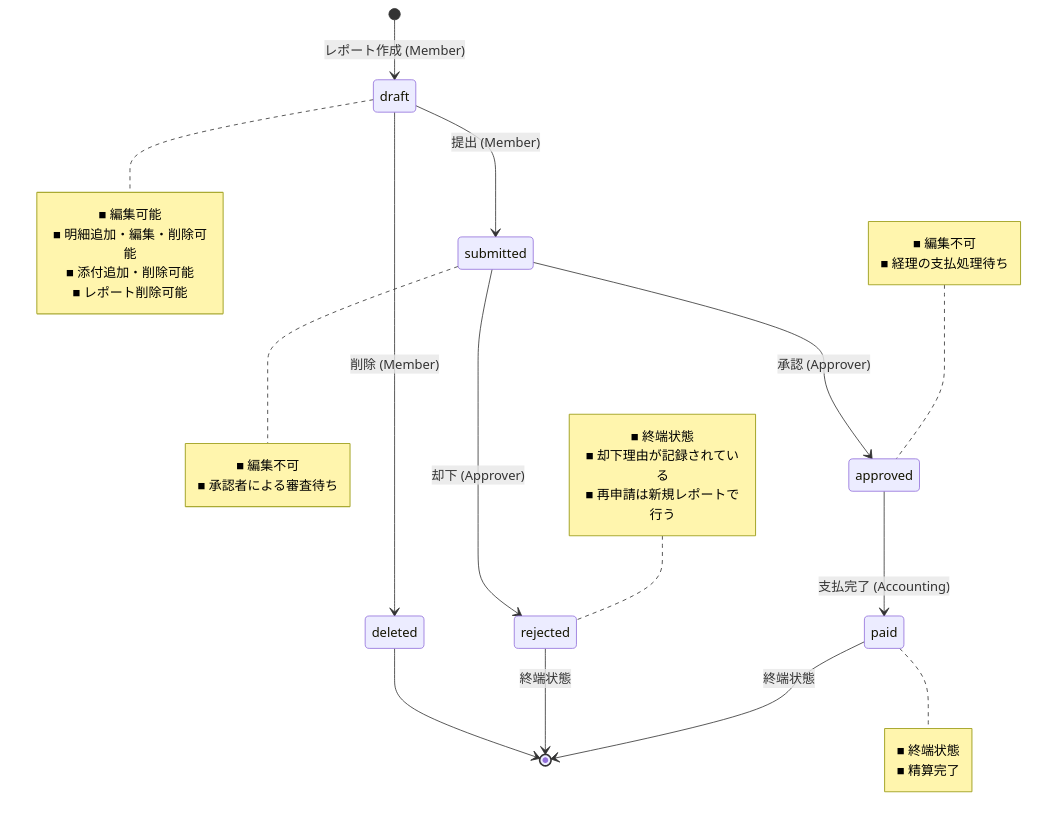
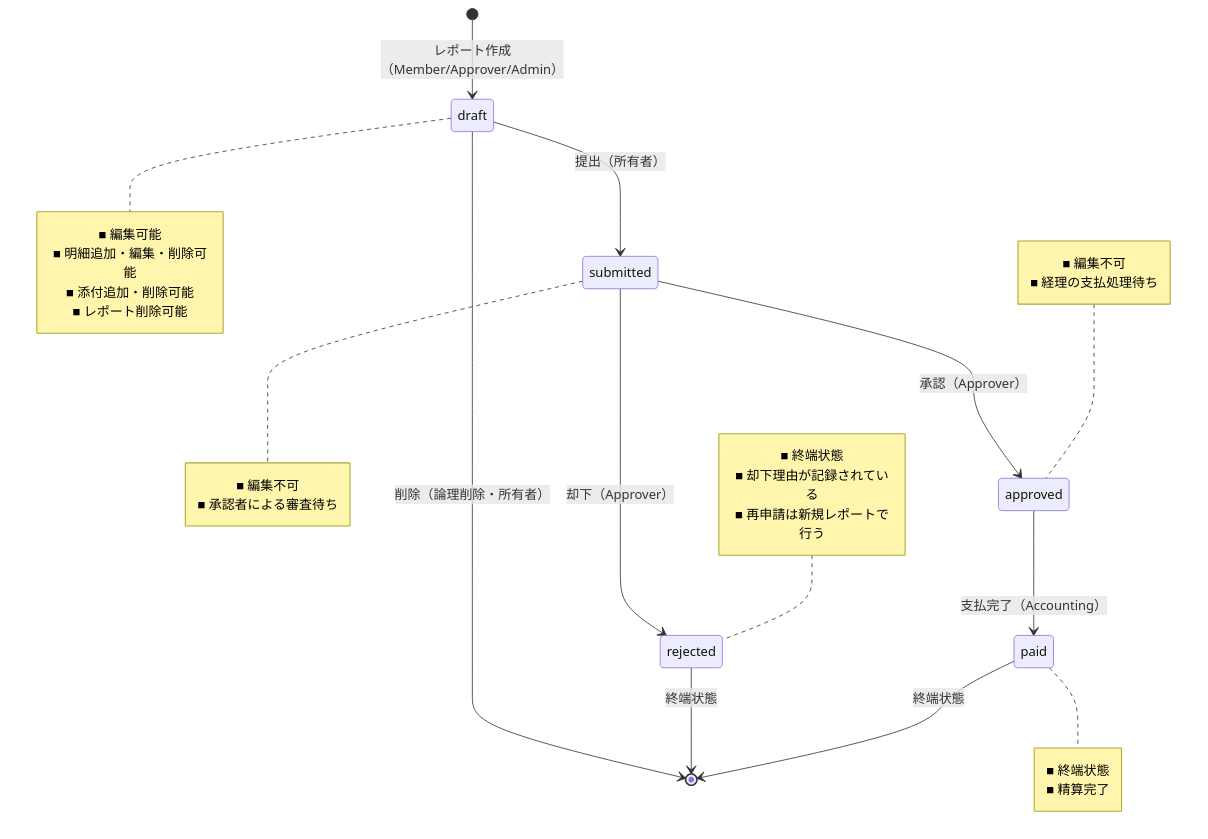
Before and after one commit to atsuro128/root-project: the first of 5 diagrams in deliverables/docs/10_requirements/workflow.md, drawn with Mermaid. The commit also changed other lines of this file and 6 other files, not shown here.

````diff
--- a/deliverables/docs/10_requirements/workflow.md
+++ b/deliverables/docs/10_requirements/workflow.md
@@ -24,46 +24,43 @@
 ```mermaid
 stateDiagram-v2
-    [*] --> draft: レポート作成 (Member)
+    [*] --> draft: レポート作成（Member/Approver/Admin）
 
-    draft --> submitted: 提出 (Member)
-    draft --> deleted: 削除 (Member)
+    draft --> submitted: 提出（所有者）
+    draft --> [*]: 削除（論理削除・所有者）
 
-    submitted --> approved: 承認 (Approver)
-    submitted --> rejected: 却下 (Approver)
+    submitted --> approved: 承認（Approver）
+    submitted --> rejected: 却下（Approver）
 
-    approved --> paid: 支払完了 (Accounting)
-
-    state deleted <<choice>>
-    deleted --> [*]
+    approved --> paid: 支払完了（Accounting）
 
     rejected --> [*]: 終端状態
     paid --> [*]: 終端状態
 
     note right of draft
         ■ 編集可能
         ■ 明細追加・編集・削除可能
         ■ 添付追加・削除可能
         ■ レポート削除可能
     end note
 
     note right of submitted
         ■ 編集不可
         ■ 承認者による審査待ち
     end note
 
     note left of approved
         ■ 編集不可
         ■ 経理の支払処理待ち
     end note
 
     note left of rejected
         ■ 終端状態
         ■ 却下理由が記録されている
         ■ 再申請は新規レポートで行う
     end note
 
     note right of paid
         ■ 終端状態
         ■ 精算完了
     end note
 ```
````
